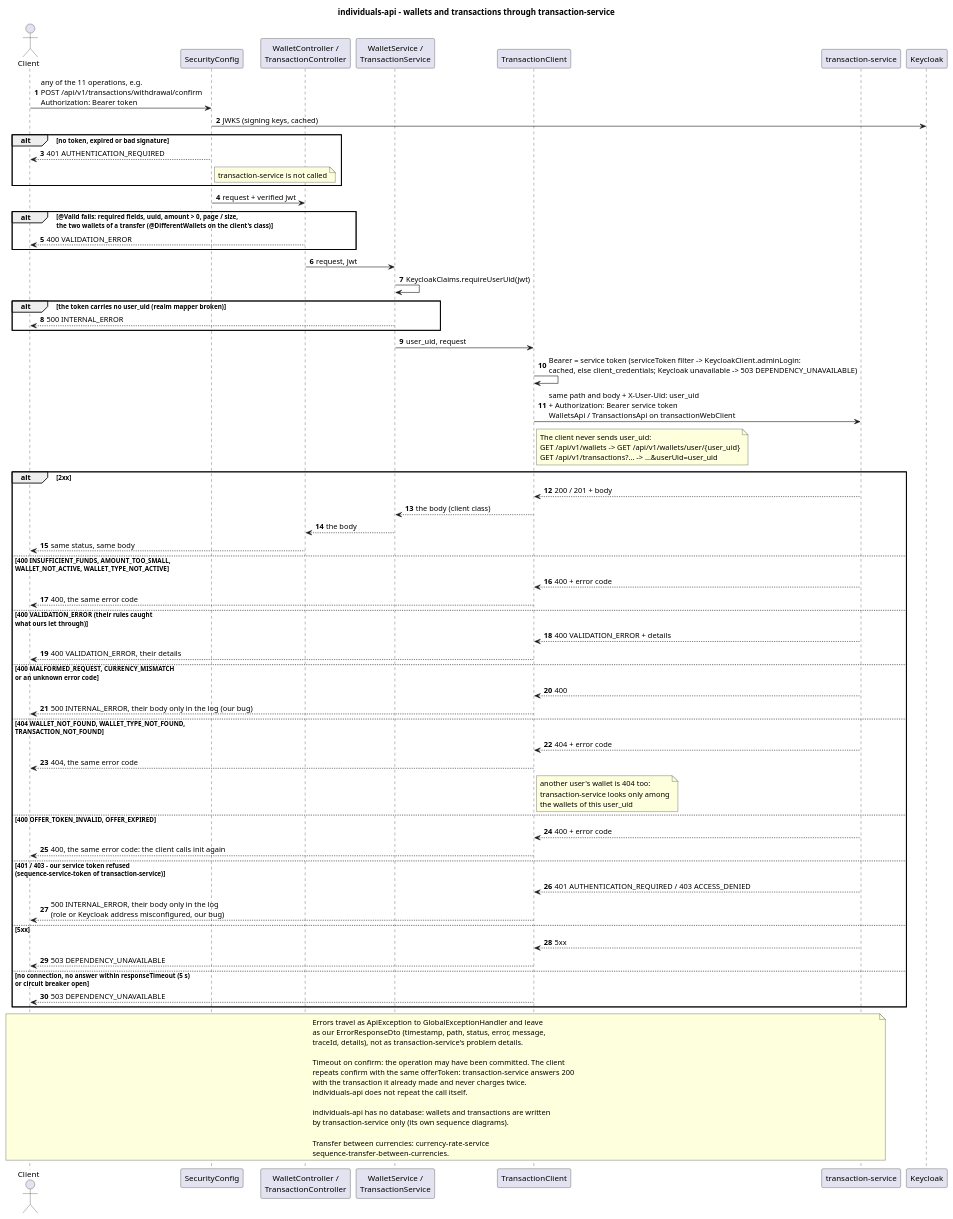
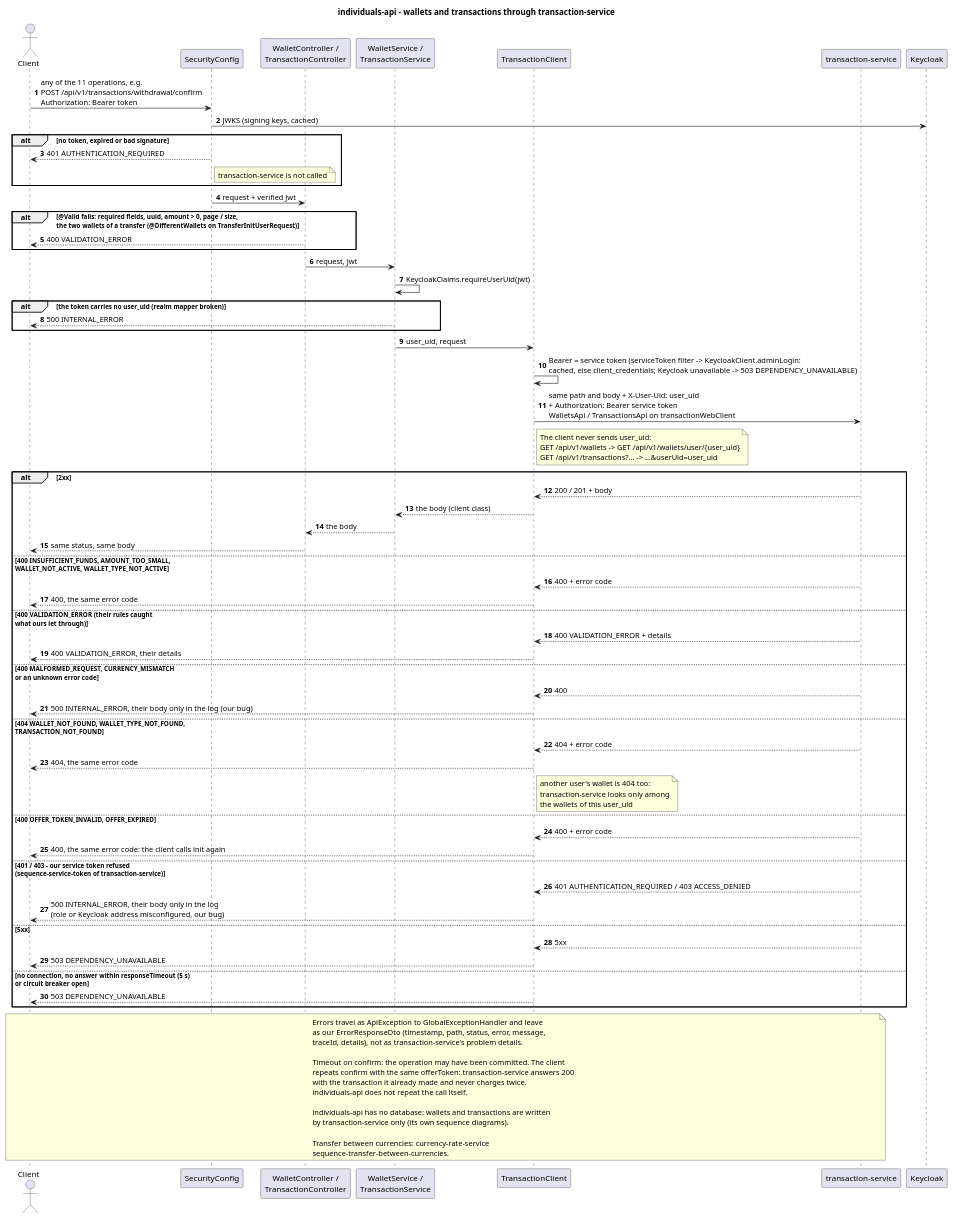
The diagram in individuals-api/diagrams-c4/sequence-wallets-transactions.puml (dezxxx/payment-platform), drawn with PlantUML before and after one commit. The commit also changed 45 other files, not shown here.

First line of the commit message:
fix: rate coefficients per pair, the provider's publication time and one send in transfer init

```diff
--- a/individuals-api/diagrams-c4/sequence-wallets-transactions.puml
+++ b/individuals-api/diagrams-c4/sequence-wallets-transactions.puml
@@ -1,90 +1,90 @@
 @startuml sequence-wallets-transactions
 title individuals-api - wallets and transactions through transaction-service
 
 autonumber
 skinparam shadowing false
 
 actor Client
 participant "SecurityConfig" as Sec
 participant "WalletController /\nTransactionController" as Ctl
 participant "WalletService /\nTransactionService" as Svc
 participant "TransactionClient" as TCl
 participant "transaction-service" as Tx
 participant "Keycloak" as Kc
 
 Client -> Sec : any of the 11 operations, e.g.\nPOST /api/v1/transactions/withdrawal/confirm\nAuthorization: Bearer token
 Sec -> Kc : JWKS (signing keys, cached)
 alt no token, expired or bad signature
   Sec --> Client : 401 AUTHENTICATION_REQUIRED
   note right of Sec : transaction-service is not called
 end
 
 Sec -> Ctl : request + verified Jwt
-alt @Valid fails: required fields, uuid, amount > 0, page / size,\nthe two wallets of a transfer (@DifferentWallets on the client's class)
+alt @Valid fails: required fields, uuid, amount > 0, page / size,\nthe two wallets of a transfer (@DifferentWallets on TransferInitUserRequest)
   Ctl --> Client : 400 VALIDATION_ERROR
 end
 
 Ctl -> Svc : request, Jwt
 Svc -> Svc : KeycloakClaims.requireUserUid(jwt)
 alt the token carries no user_uid (realm mapper broken)
   Svc --> Client : 500 INTERNAL_ERROR
 end
 
 Svc -> TCl : user_uid, request
 TCl -> TCl : Bearer = service token (serviceToken filter -> KeycloakClient.adminLogin:\ncached, else client_credentials; Keycloak unavailable -> 503 DEPENDENCY_UNAVAILABLE)
 TCl -> Tx : same path and body + X-User-Uid: user_uid\n+ Authorization: Bearer service token\nWalletsApi / TransactionsApi on transactionWebClient
 note right of TCl
   The client never sends user_uid:
   GET /api/v1/wallets -> GET /api/v1/wallets/user/{user_uid}
   GET /api/v1/transactions?... -> ...&userUid=user_uid
 end note
 
 alt 2xx
   Tx --> TCl : 200 / 201 + body
   TCl --> Svc : the body (client class)
   Svc --> Ctl : the body
   Ctl --> Client : same status, same body
 else 400 INSUFFICIENT_FUNDS, AMOUNT_TOO_SMALL,\nWALLET_NOT_ACTIVE, WALLET_TYPE_NOT_ACTIVE
   Tx --> TCl : 400 + error code
   TCl --> Client : 400, the same error code
 else 400 VALIDATION_ERROR (their rules caught\nwhat ours let through)
   Tx --> TCl : 400 VALIDATION_ERROR + details
   TCl --> Client : 400 VALIDATION_ERROR, their details
 else 400 MALFORMED_REQUEST, CURRENCY_MISMATCH\nor an unknown error code
   Tx --> TCl : 400
   TCl --> Client : 500 INTERNAL_ERROR, their body only in the log (our bug)
 else 404 WALLET_NOT_FOUND, WALLET_TYPE_NOT_FOUND,\nTRANSACTION_NOT_FOUND
   Tx --> TCl : 404 + error code
   TCl --> Client : 404, the same error code
   note right of TCl : another user's wallet is 404 too:\ntransaction-service looks only among\nthe wallets of this user_uid
 else 400 OFFER_TOKEN_INVALID, OFFER_EXPIRED
   Tx --> TCl : 400 + error code
   TCl --> Client : 400, the same error code: the client calls init again
 else 401 / 403 - our service token refused\n(sequence-service-token of transaction-service)
   Tx --> TCl : 401 AUTHENTICATION_REQUIRED / 403 ACCESS_DENIED
   TCl --> Client : 500 INTERNAL_ERROR, their body only in the log\n(role or Keycloak address misconfigured, our bug)
 else 5xx
   Tx --> TCl : 5xx
   TCl --> Client : 503 DEPENDENCY_UNAVAILABLE
 else no connection, no answer within responseTimeout (5 s)\nor circuit breaker open
   TCl --> Client : 503 DEPENDENCY_UNAVAILABLE
 end
 
 note over Client, Tx
   Errors travel as ApiException to GlobalExceptionHandler and leave
   as our ErrorResponseDto (timestamp, path, status, error, message,
   traceId, details), not as transaction-service's problem details.
 
   Timeout on confirm: the operation may have been committed. The client
   repeats confirm with the same offerToken: transaction-service answers 200
   with the transaction it already made and never charges twice.
   individuals-api does not repeat the call itself.
 
   individuals-api has no database: wallets and transactions are written
   by transaction-service only (its own sequence diagrams).
 
   Transfer between currencies: currency-rate-service
   sequence-transfer-between-currencies.
 end note
 
 @enduml
```
